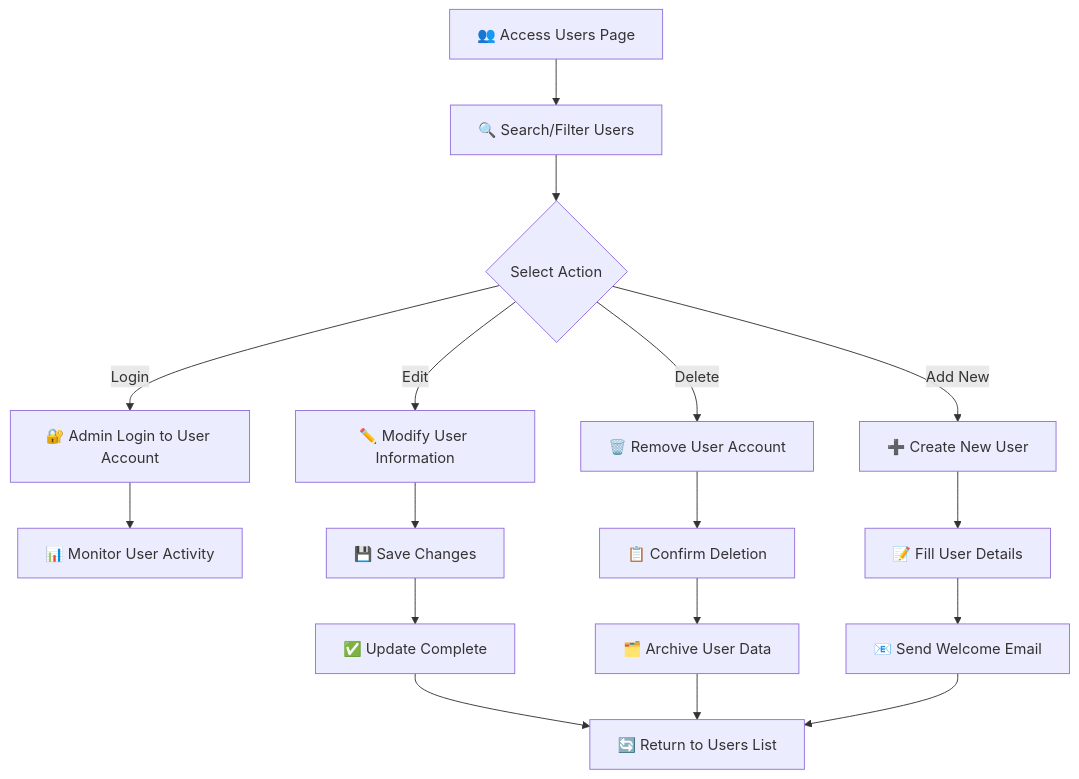
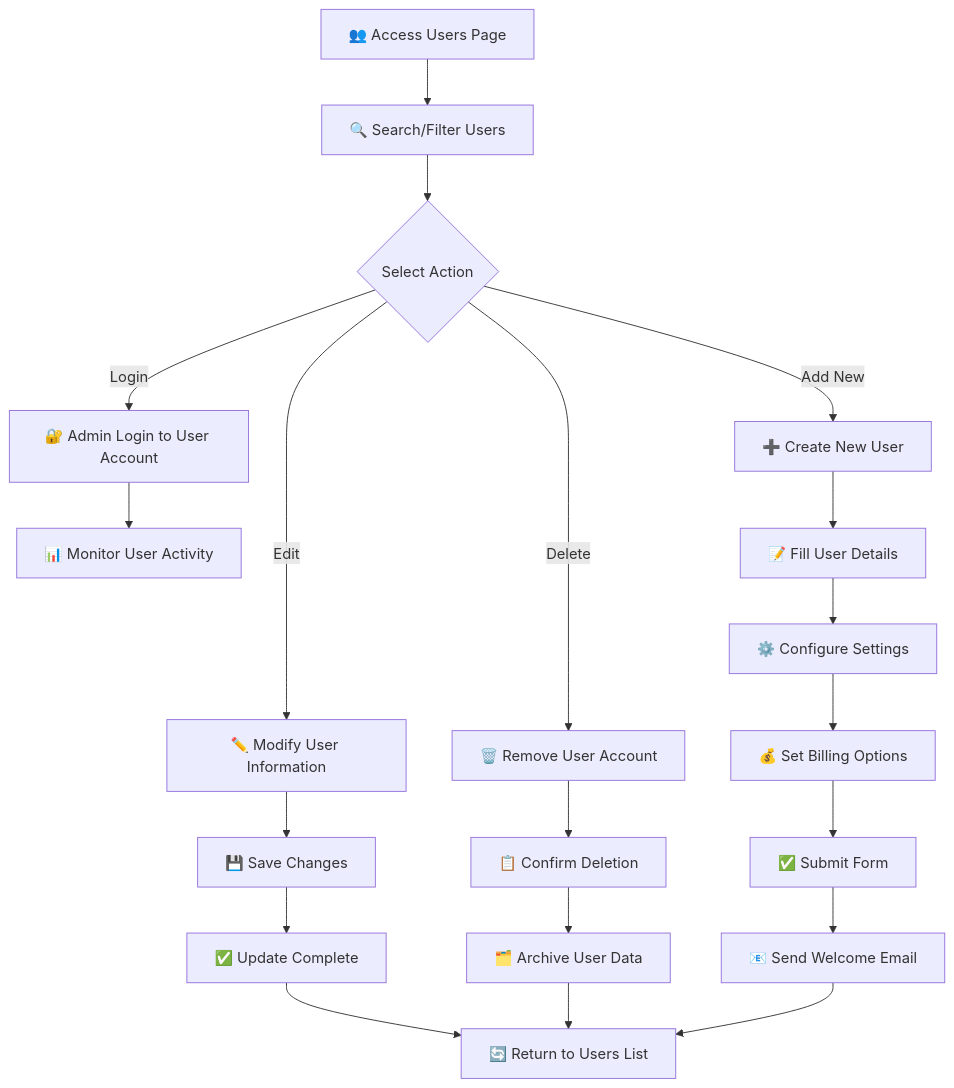
The diagram in user-management/users.mdx (rizlerai/docs), drawn with Mermaid before and after one commit. The commit also changed other lines of this file and 40 other files, not shown here.

````diff
--- a/user-management/users.mdx
+++ b/user-management/users.mdx
@@ -107,22 +206,25 @@
 ```mermaid
 graph TD
     A[👥 Access Users Page] --> B[🔍 Search/Filter Users]
     B --> C{Select Action}
     C -->|Login| D[🔐 Admin Login to User Account]
     C -->|Edit| E[✏️ Modify User Information]
     C -->|Delete| F[🗑️ Remove User Account]
     C -->|Add New| G[➕ Create New User]
     
     D --> H[📊 Monitor User Activity]
     E --> I[💾 Save Changes]
     F --> J[📋 Confirm Deletion]
     G --> K[📝 Fill User Details]
+    K --> K1[⚙️ Configure Settings]
+    K1 --> K2[💰 Set Billing Options]
+    K2 --> K3[✅ Submit Form]
     
     I --> L[✅ Update Complete]
     J --> M[🗂️ Archive User Data]
-    K --> N[📧 Send Welcome Email]
+    K3 --> N[📧 Send Welcome Email]
     
     L --> O[🔄 Return to Users List]
     M --> O
     N --> O
 ```
````
